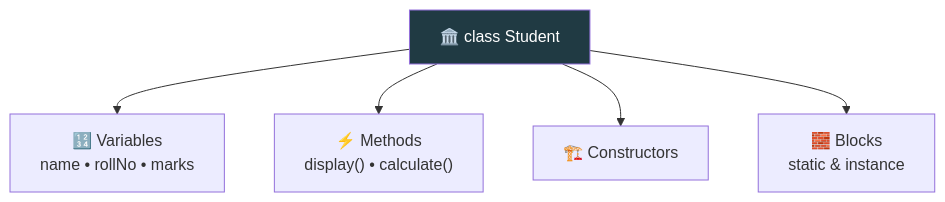
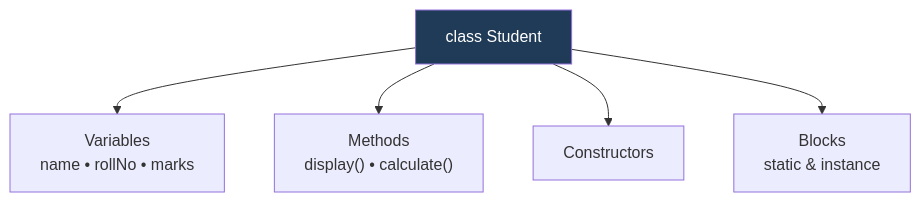
One commit to kundankumarsharma56/Leaning-Java changed the diagram in src/Theory/05-OOPS-Part-1/02-Classes.md. Above: the diagram before and after it, drawn with Mermaid. The commit also changed other lines of this file and 84 other files, not shown here.

````diff
--- a/src/Theory/05-OOPS-Part-1/02-Classes.md
+++ b/src/Theory/05-OOPS-Part-1/02-Classes.md
@@ -21,8 +21,8 @@
 ```mermaid
 flowchart TD
-    C["🏛️ class Student"] --> V["🔢 Variables<br/>name • rollNo • marks"]
-    C --> M["⚡ Methods<br/>display() • calculate()"]
-    C --> CO["🏗️ Constructors"]
-    C --> B["🧱 Blocks<br/>static & instance"]
-    style C fill:#203a43,color:#fff
+    C["class Student"] --> V["Variables<br/>name • rollNo • marks"]
+    C --> M["Methods<br/>display() • calculate()"]
+    C --> CO["Constructors"]
+    C --> B["Blocks<br/>static & instance"]
+    style C fill:#1f3b57,color:#fff
 ```
````
